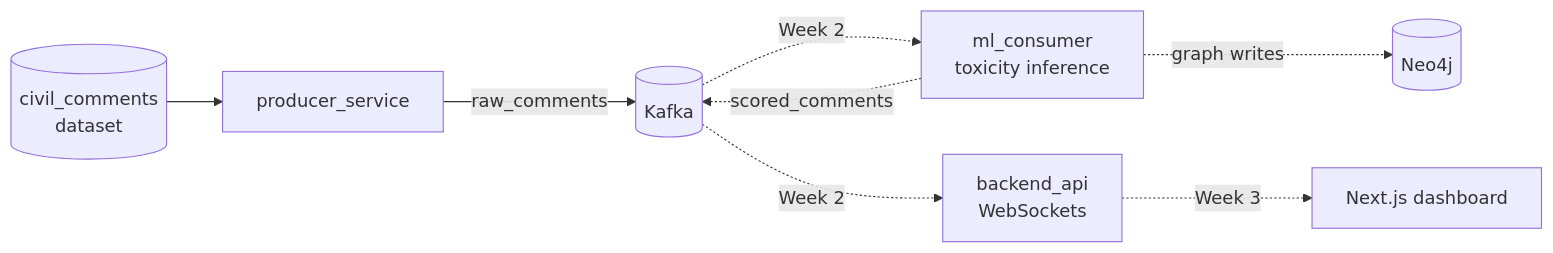
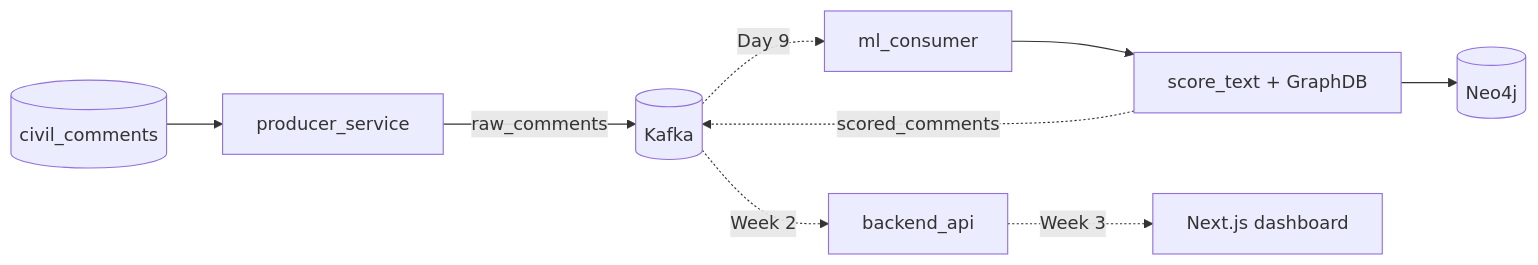
One commit to mj-weshh/realtime-moderation-engine changed the diagram in docs/index.md. Above: the diagram before and after it, drawn with Mermaid. The commit also changed other lines of this file and 6 other files, not shown here.

Commit message:
docs: document ml consumer model loading, inference, and neo4j integration

````diff
--- a/docs/index.md
+++ b/docs/index.md
@@ -10,10 +10,11 @@
 ```mermaid
 flowchart LR
-    dataset[("civil_comments<br/>dataset")] --> producer[producer_service]
+    dataset[("civil_comments")] --> producer[producer_service]
     producer -- "raw_comments" --> kafka[(Kafka)]
-    kafka -. "Week 2" .-> consumer[ml_consumer<br/>toxicity inference]
-    consumer -. "graph writes" .-> neo4j[(Neo4j)]
-    consumer -. "scored_comments" .-> kafka
-    kafka -. "Week 2" .-> ws[backend_api<br/>WebSockets]
+    kafka -. "Day 9" .-> consumer[ml_consumer]
+    consumer --> scoreFn[score_text + GraphDB]
+    scoreFn --> neo4j[(Neo4j)]
+    scoreFn -. "scored_comments" .-> kafka
+    kafka -. "Week 2" .-> ws[backend_api]
     ws -. "Week 3" .-> ui[Next.js dashboard]
 ```
````
